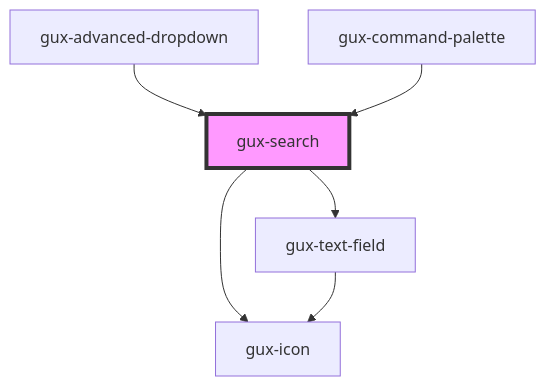
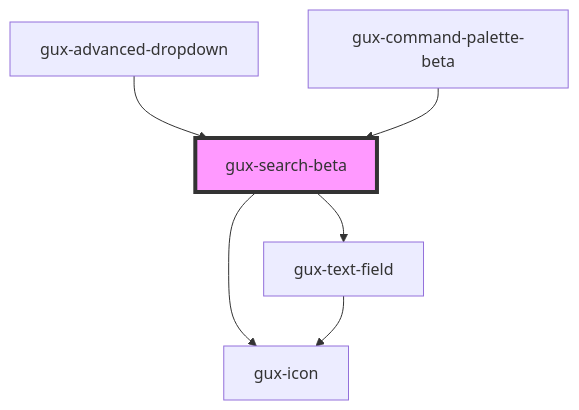
The diagram in src/components/beta/gux-search/readme.md (MyPureCloud/genesys-spark), drawn with Mermaid before and after one commit. The commit also changed other lines of this file and 93 other files, not shown here.

````diff
--- a/src/components/beta/gux-search/readme.md
+++ b/src/components/beta/gux-search/readme.md
@@ -65,9 +65,9 @@
 ```mermaid
 graph TD;
-  gux-search --> gux-text-field
-  gux-search --> gux-icon
+  gux-search-beta --> gux-text-field
+  gux-search-beta --> gux-icon
   gux-text-field --> gux-icon
-  gux-advanced-dropdown --> gux-search
-  gux-command-palette --> gux-search
-  style gux-search fill:#f9f,stroke:#333,stroke-width:4px
+  gux-advanced-dropdown --> gux-search-beta
+  gux-command-palette-beta --> gux-search-beta
+  style gux-search-beta fill:#f9f,stroke:#333,stroke-width:4px
 ```
````
